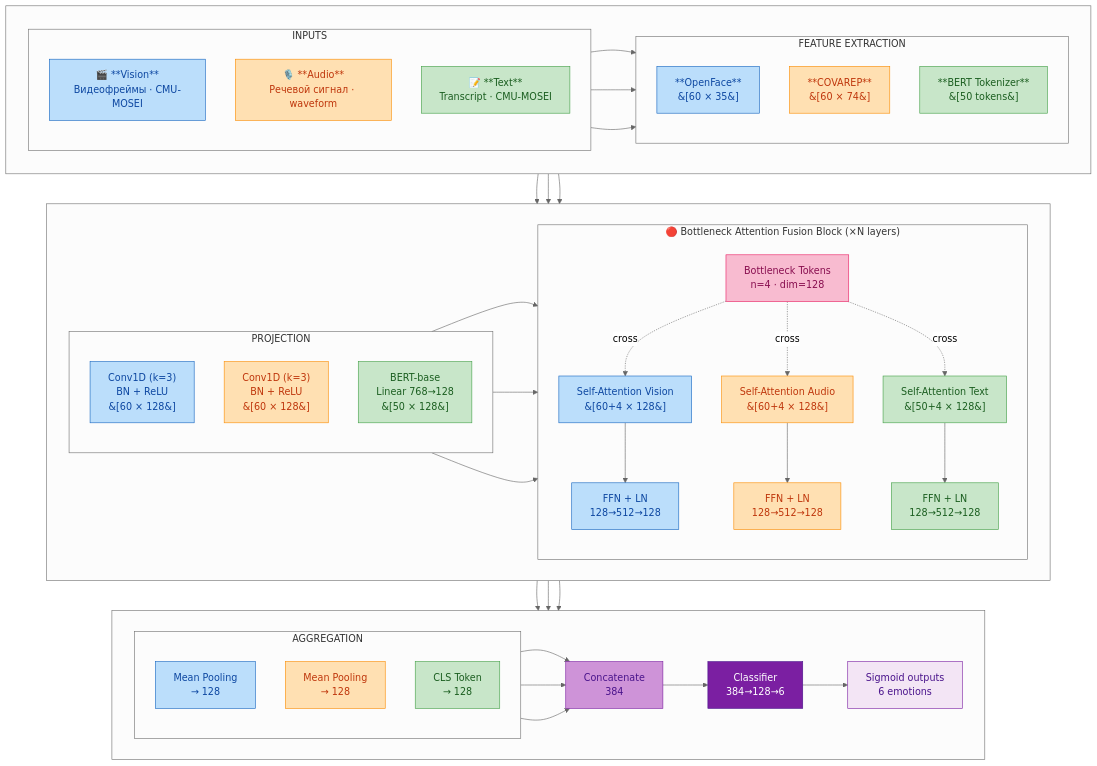
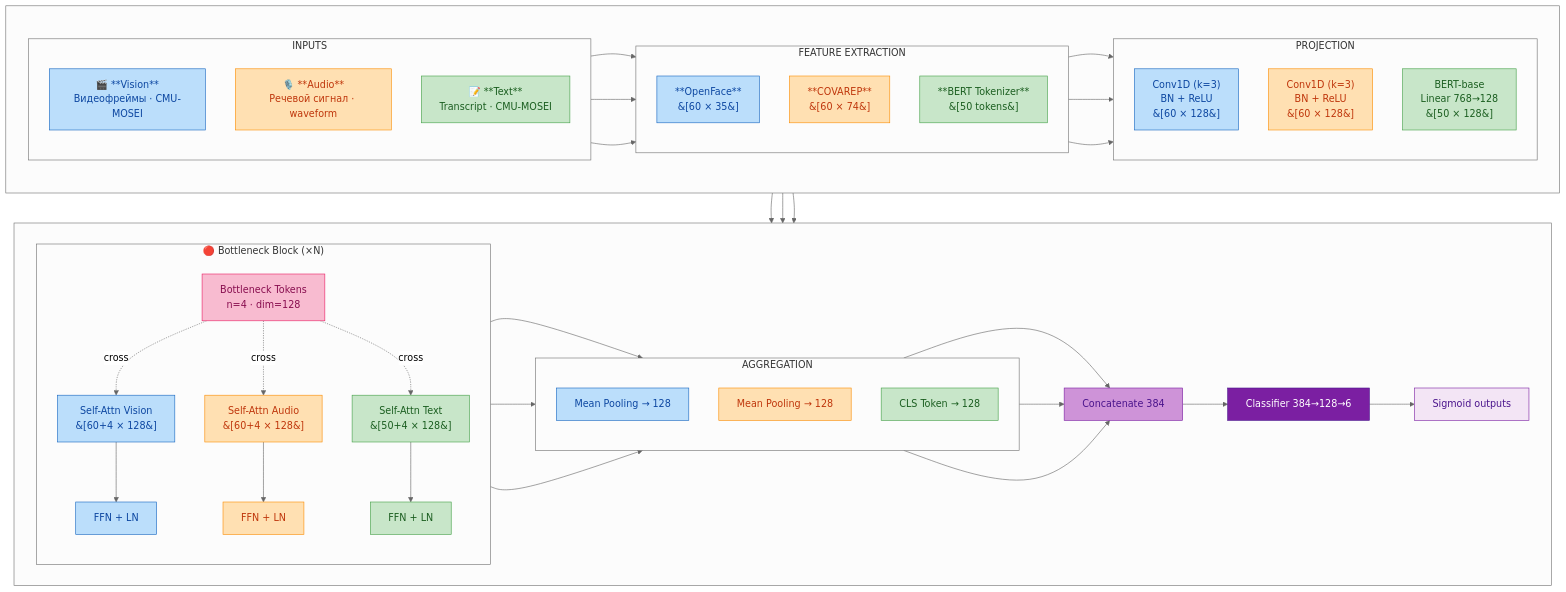
Before and after one commit to lyalia123/lab4: the diagram in README.md, drawn with Mermaid (neutral theme).

````diff
--- a/README.md
+++ b/README.md
@@ -1,7 +1,7 @@
 ```mermaid
 flowchart TB
 
-%% ───────── ROW 1 (INPUTS + FEATURE) ─────────
+%% ───────── ROW 1 (INPUTS + FEATURE + PROJECTION) ─────────
 subgraph R1[" "]
 direction LR
 
@@ -19,18 +19,6 @@
 T1["**BERT Tokenizer**\n&#91;50 tokens&#93;"]:::txt
 end
 
-end
-
-%% connections inside row 1
-V0 --> V1
-A0 --> A1
-T0 --> T1
-
-
-%% ───────── ROW 2 (PROJECTION + BN CENTER) ─────────
-subgraph R2[" "]
-direction LR
-
 subgraph PROJ["PROJECTION"]
 direction TB
 V2["Conv1D (k=3)\nBN + ReLU\n&#91;60 × 128&#93;"]:::vis
@@ -38,17 +26,28 @@
 T2["BERT-base\nLinear 768→128\n&#91;50 × 128&#93;"]:::txt
 end
 
-subgraph BN["🔴 Bottleneck Attention Fusion Block (×N layers)"]
+end
+
+V0 --> V1 --> V2
+A0 --> A1 --> A2
+T0 --> T1 --> T2
+
+
+%% ───────── ROW 2 (BOTTLENECK + AGG + FUSION) ─────────
+subgraph R2[" "]
+direction LR
+
+subgraph BN["🔴 Bottleneck Block (×N)"]
 direction TB
 BT["Bottleneck Tokens\nn=4 · dim=128"]:::bn
 
-V3["Self-Attention Vision\n&#91;60+4 × 128&#93;"]:::vis
-A3["Self-Attention Audio\n&#91;60+4 × 128&#93;"]:::aud
-T3["Self-Attention Text\n&#91;50+4 × 128&#93;"]:::txt
+V3["Self-Attn Vision\n&#91;60+4 × 128&#93;"]:::vis
+A3["Self-Attn Audio\n&#91;60+4 × 128&#93;"]:::aud
+T3["Self-Attn Text\n&#91;50+4 × 128&#93;"]:::txt
 
-V3b["FFN + LN\n128→512→128"]:::vis
-A3b["FFN + LN\n128→512→128"]:::aud
-T3b["FFN + LN\n128→512→128"]:::txt
+V3b["FFN + LN"]:::vis
+A3b["FFN + LN"]:::aud
+T3b["FFN + LN"]:::txt
 
 BT -. cross .-> V3
 BT -. cross .-> A3
@@ -59,32 +58,24 @@
 T3 --> T3b
 end
 
+subgraph AGG["AGGREGATION"]
+direction TB
+V4["Mean Pooling → 128"]:::vis
+A4["Mean Pooling → 128"]:::aud
+T4["CLS Token → 128"]:::txt
 end
 
-%% connections row2
-V1 --> V2 --> BN
-A1 --> A2 --> BN
-T1 --> T2 --> BN
-
-
-%% ───────── ROW 3 (AGGREGATION + FUSION) ─────────
-subgraph R3[" "]
-direction LR
-
-subgraph AGG["AGGREGATION"]
-direction TB
-V4["Mean Pooling\n→ 128"]:::vis
-A4["Mean Pooling\n→ 128"]:::aud
-T4["CLS Token\n→ 128"]:::txt
-end
-
-CAT["Concatenate\n384"]:::fuse
-CLS["Classifier\n384→128→6"]:::cls
-OUT["Sigmoid outputs\n6 emotions"]:::out
+CAT["Concatenate 384"]:::fuse
+CLS["Classifier 384→128→6"]:::cls
+OUT["Sigmoid outputs"]:::out
 
 end
 
-%% connections row3
+%% ───────── FLOW BETWEEN ROWS ─────────
+V2 --> V3
+A2 --> A3
+T2 --> T3
+
 V3b --> V4 --> CAT
 A3b --> A4 --> CAT
 T3b --> T4 --> CAT
````
